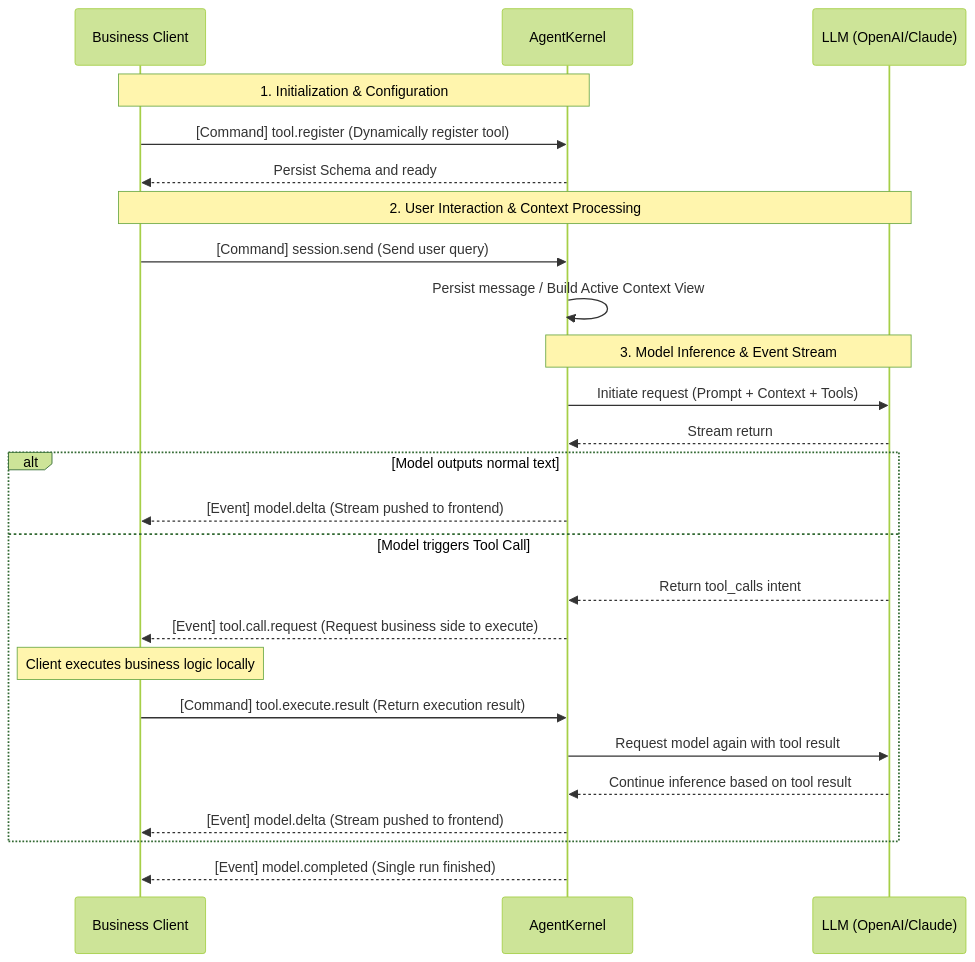
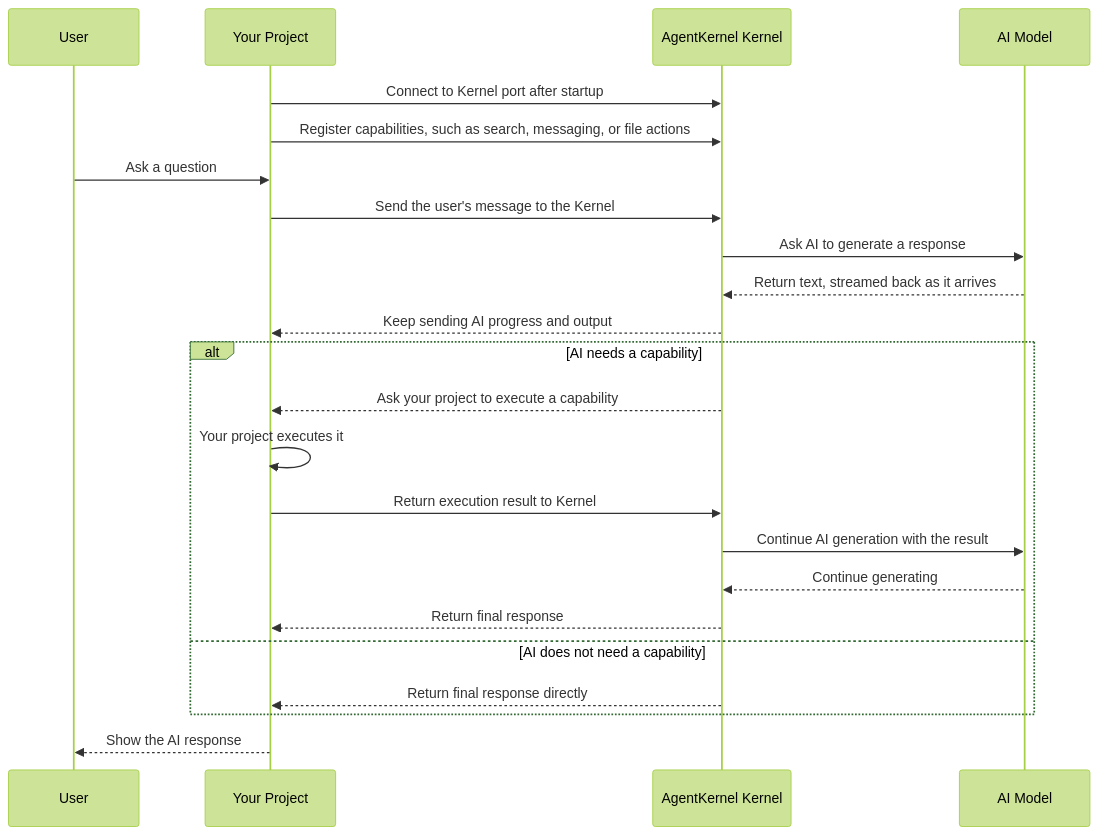
Before and after one commit to yuan71058/AgentKernel: the second of 2 diagrams in README.md, drawn with Mermaid (forest theme). The commit also changed other lines of this file and 2 other files, not shown here.

````diff
--- a/README.md
+++ b/README.md
@@ -80,32 +87,28 @@
 ```mermaid
 sequenceDiagram
-    participant C as Business Client
-    participant K as AgentKernel
-    participant M as LLM (OpenAI/Claude)
-    
-    Note over C, K: 1. Initialization & Configuration
-    C->>K: [Command] tool.register (Dynamically register tool)
-    K-->>C: Persist Schema and ready
+    participant U as User
+    participant P as Your Project
+    participant K as AgentKernel Kernel
+    participant M as AI Model
 
-    Note over C, M: 2. User Interaction & Context Processing
-    C->>K: [Command] session.send (Send user query)
-    K->>K: Persist message / Build Active Context View
+    P->>K: Connect to Kernel port after startup
+    P->>K: Register capabilities, such as search, messaging, or file actions
+    U->>P: Ask a question
+    P->>K: Send the user's message to the Kernel
+    K->>M: Ask AI to generate a response
+    M-->>K: Return text, streamed back as it arrives
+    K-->>P: Keep sending AI progress and output
 
-    Note over K, M: 3. Model Inference & Event Stream
-    K->>M: Initiate request (Prompt + Context + Tools)
-    M-->>K: Stream return
-
-    alt Model outputs normal text
-        K-->>C: [Event] model.delta (Stream pushed to frontend)
-    else Model triggers Tool Call
-        M-->>K: Return tool_calls intent
-        K-->>C: [Event] tool.call.request (Request business side to execute)
-        Note over C: Client executes business logic locally
-        C->>K: [Command] tool.execute.result (Return execution result)
-        K->>M: Request model again with tool result
-        M-->>K: Continue inference based on tool result
-        K-->>C: [Event] model.delta (Stream pushed to frontend)
+    alt AI needs a capability
+        K-->>P: Ask your project to execute a capability
+        P->>P: Your project executes it
+        P->>K: Return execution result to Kernel
+        K->>M: Continue AI generation with the result
+        M-->>K: Continue generating
+        K-->>P: Return final response
+    else AI does not need a capability
+        K-->>P: Return final response directly
     end
 
-    K-->>C: [Event] model.completed (Single run finished)
+    P-->>U: Show the AI response
 ```
````
